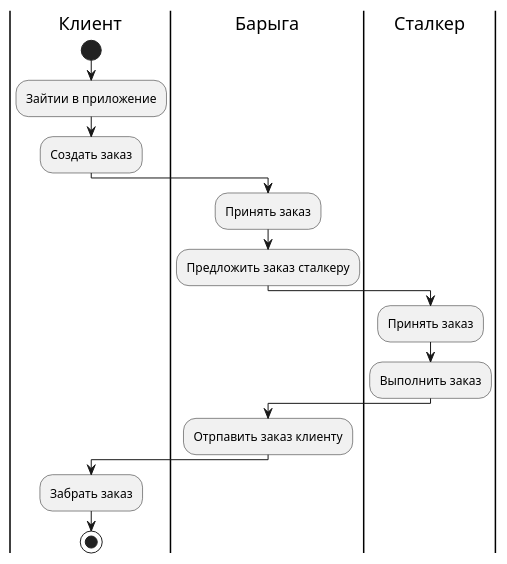
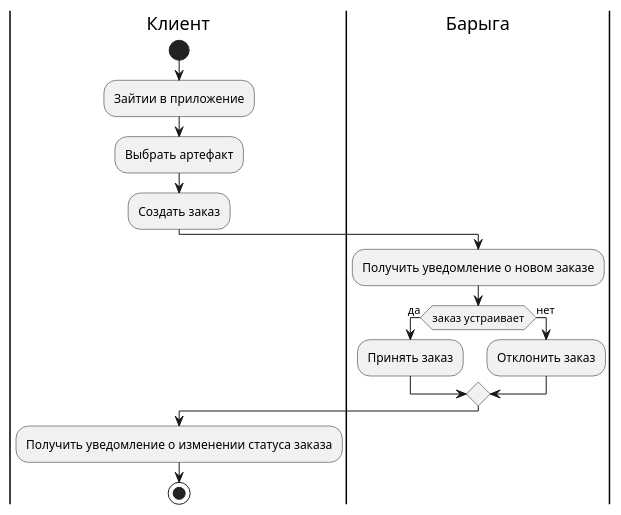
One commit to avdosev/itmo-software-diagrams changed the diagram in use-case-view/activity_diagram_abstract.puml. Above: the diagram before and after it, drawn with PlantUML. The commit also changed other lines of this file and 2 other files, not shown here.

```diff
--- a/use-case-view/activity_diagram_abstract.puml
+++ b/use-case-view/activity_diagram_abstract.puml
@@ -1,22 +1,20 @@
 @startuml
 |Клиент|
 start
 :Зайтии в приложение;
+:Выбрать артефакт;
 :Создать заказ;
 
 |Барыга|
-:Принять заказ;
-:Предложить заказ сталкеру;
-
-|Сталкер|
-:Принять заказ;
-:Выполнить заказ;
-
-|Барыга|
-:Отрпавить заказ клиенту;
+:Получить уведомление о новом заказе;
+if (заказ устраивает) then (да)
+    :Принять заказ;
+else (нет)
+    :Отклонить заказ;
+endif
 
 |Клиент|
-:Забрать заказ;
+:Получить уведомление о изменении статуса заказа;
 
 stop
 @enduml
```
